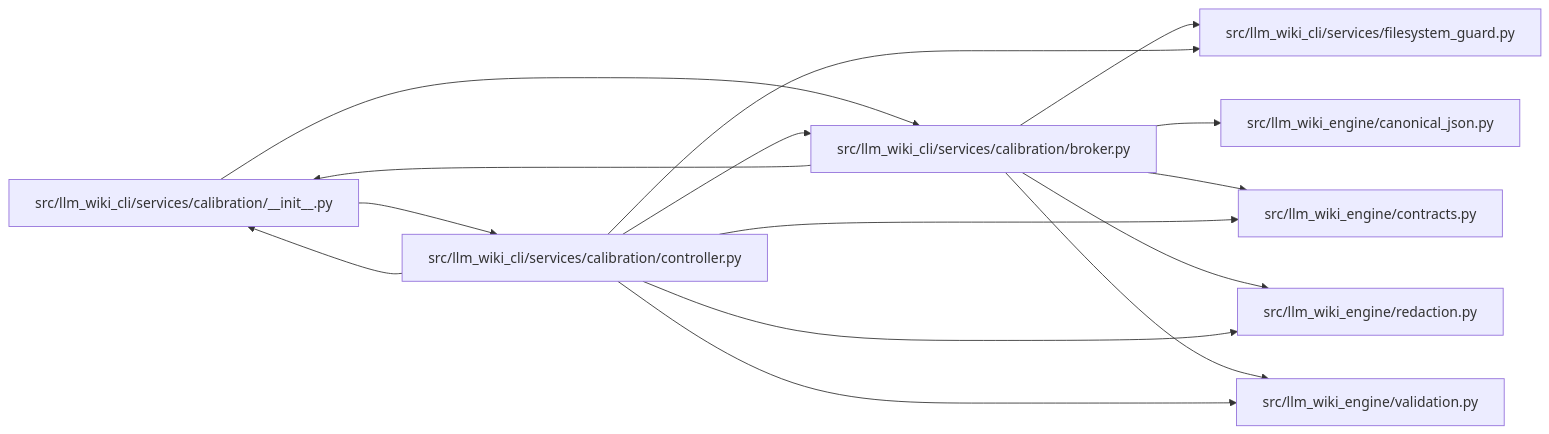
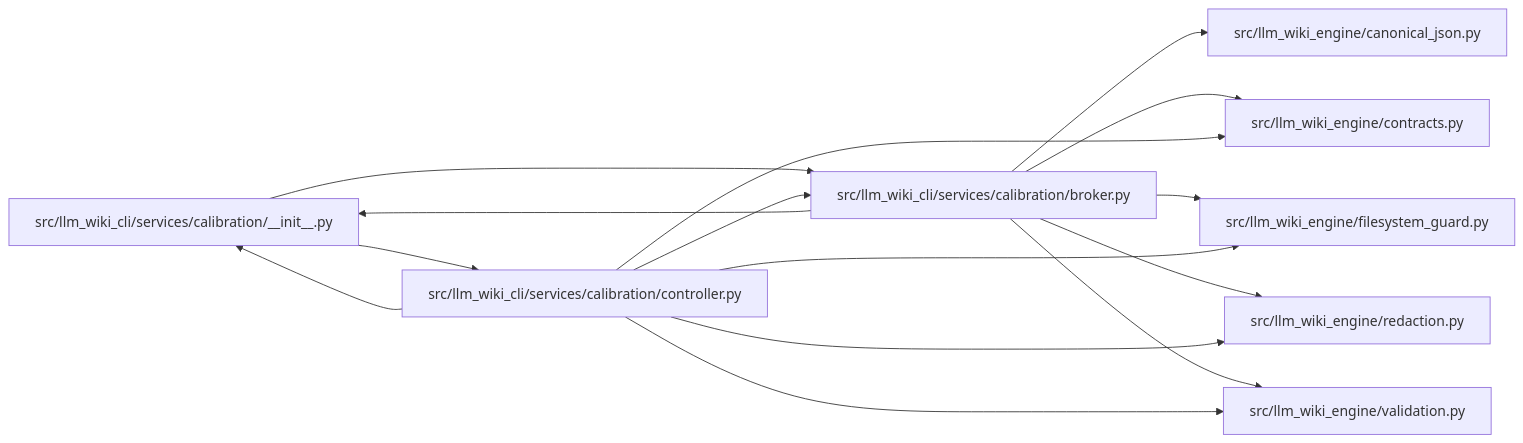
Before and after one commit to Denissvgn/python-wiki-llm: the diagram in docs/llm_wiki/modules/broker.md, drawn with Mermaid. The commit also changed other lines of this file and 739 other files, not shown here.

First line of the commit message:
docs: refresh the wiki for the second engine batch

````diff
--- a/docs/llm_wiki/modules/broker.md
+++ b/docs/llm_wiki/modules/broker.md
@@ -57,33 +57,33 @@
 ```mermaid
 flowchart LR
     n0["src/llm_wiki_cli/services/calibration/__init__.py"]
     n1["src/llm_wiki_cli/services/calibration/broker.py"]
     n2["src/llm_wiki_cli/services/calibration/controller.py"]
-    n3["src/llm_wiki_cli/services/filesystem_guard.py"]
-    n4["src/llm_wiki_engine/canonical_json.py"]
-    n5["src/llm_wiki_engine/contracts.py"]
+    n3["src/llm_wiki_engine/canonical_json.py"]
+    n4["src/llm_wiki_engine/contracts.py"]
+    n5["src/llm_wiki_engine/filesystem_guard.py"]
     n6["src/llm_wiki_engine/redaction.py"]
     n7["src/llm_wiki_engine/validation.py"]
     n0 --> n1
     n0 --> n2
     n1 --> n0
     n1 --> n3
     n1 --> n4
     n1 --> n5
     n1 --> n6
     n1 --> n7
     n2 --> n0
     n2 --> n1
-    n2 --> n3
+    n2 --> n4
     n2 --> n5
     n2 --> n6
     n2 --> n7
     click n0 "../modules/calibration___init__.md"
     click n1 "../modules/broker.md"
     click n2 "../modules/controller.md"
-    click n3 "../modules/filesystem_guard.md"
-    click n4 "../modules/canonical_json.md"
-    click n5 "../modules/llm_wiki_engine_contracts.md"
+    click n3 "../modules/canonical_json.md"
+    click n4 "../modules/llm_wiki_engine_contracts.md"
+    click n5 "../modules/filesystem_guard.md"
     click n6 "../modules/redaction.md"
     click n7 "../modules/validation.md"
 ```
````
